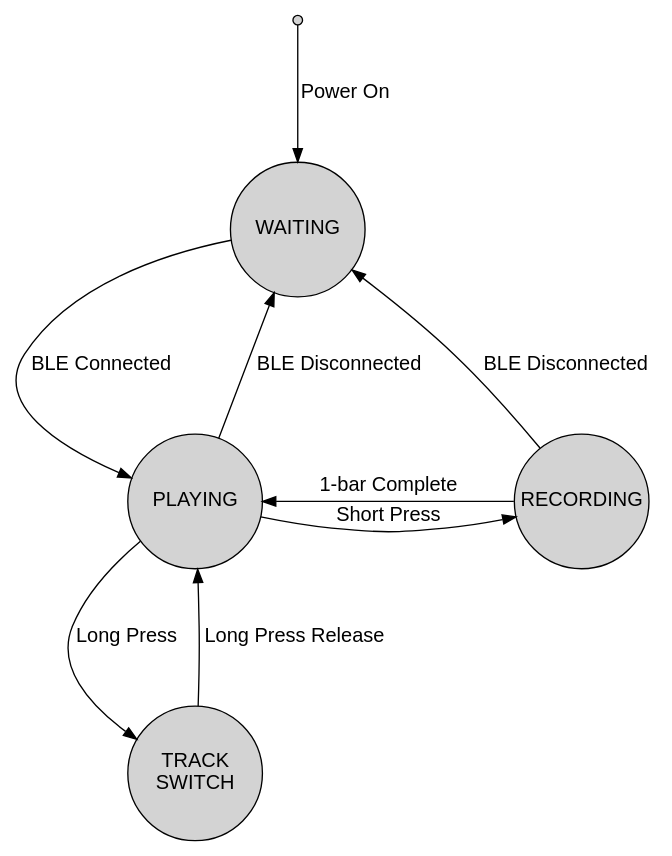
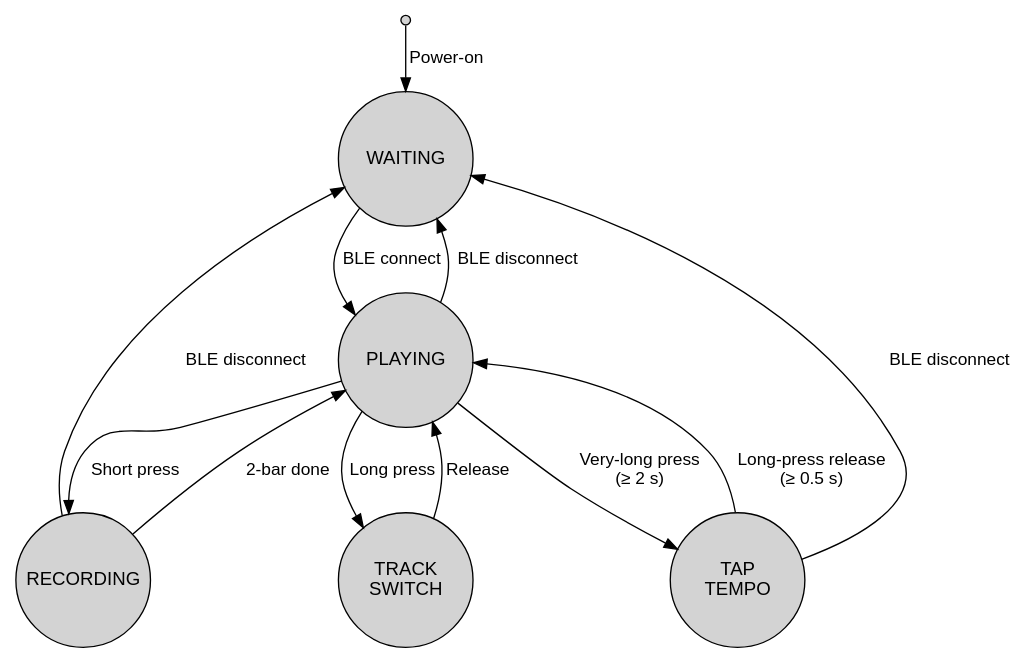
The diagram in docs/looper_fsm.dot (oyama/pico-midi-looper-ble), drawn with Graphviz before and after one commit. The commit also changed 9 other files, not shown here.

Commit message:
Add tap-tempo mode: adjust BPM by tapping the button 2–4 times

```diff
--- a/docs/looper_fsm.dot
+++ b/docs/looper_fsm.dot
@@ -1,30 +1,31 @@
 digraph looper_fsm {
-    rankdir=TB;
-    ranksep=1.2;
-    nodesep=1.0;
+    /* -------- common style -------- */
+    node [shape=circle, fixedsize=true, width=1.4, height=1.4,
+          fontname="Helvetica", style=filled, fillcolor=lightgray, fontsize=14];
+    edge [fontname="Helvetica", fontsize=13];
 
-    node [shape=circle, fixedsize=true, width=1.4, height=1.4,
-          fontname="Helvetica", style=filled, fillcolor=lightgray, fontsize=15];
-
-    edge [fontname="Helvetica", fontsize=15, labeldistance=1.5];
-
-    Startup [label="", shape=point, width=0.1];
-    Waiting [label="WAITING"];
-    Playing [label="PLAYING"];
+    /* -------- states -------- */
+    Startup   [shape=point, width=0.1, label=""];
+    Waiting   [label="WAITING"];
+    Playing   [label="PLAYING"];
     Recording [label="RECORDING"];
     Switching [label="TRACK\nSWITCH"];
+    TapTempo  [label="TAP\nTEMPO"];
 
-    { rank = same;  Playing Recording }
+    /* -------- system events -------- */
+    Startup  -> Waiting   [label="Power-on"];
+    Waiting  -> Playing   [label="BLE connect"];
+    Playing  -> Waiting   [label="BLE disconnect"];
+    Recording-> Waiting   [label="BLE disconnect"];
+    TapTempo -> Waiting   [label="BLE disconnect"];
 
-    Startup -> Waiting [label="Power On"];
+    /* -------- looper button events -------- */
+    Playing   -> Recording [label="Short press"];
+    Recording -> Playing   [label="2-bar done"];
+    Playing   -> Switching [label="Long press"];
+    Switching -> Playing   [label="Release"];
 
-    Waiting -> Playing [label="BLE Connected"];
-    Playing -> Waiting [label="BLE Disconnected"];
-    Recording -> Waiting [label="BLE Disconnected"];
-
-    Playing -> Recording [label="Short Press"];
-    Recording -> Playing [label="1-bar Complete"];
-
-    Playing -> Switching [label="Long Press"];
-    Switching -> Playing [label="Long Press Release"];
+    /* -------- tap-tempo mode switch -------- */
+    Playing  -> TapTempo [label="Very-long press\n(≥ 2 s)"];
+    TapTempo -> Playing  [label="Long-press release\n(≥ 0.5 s)"];
 }
```
